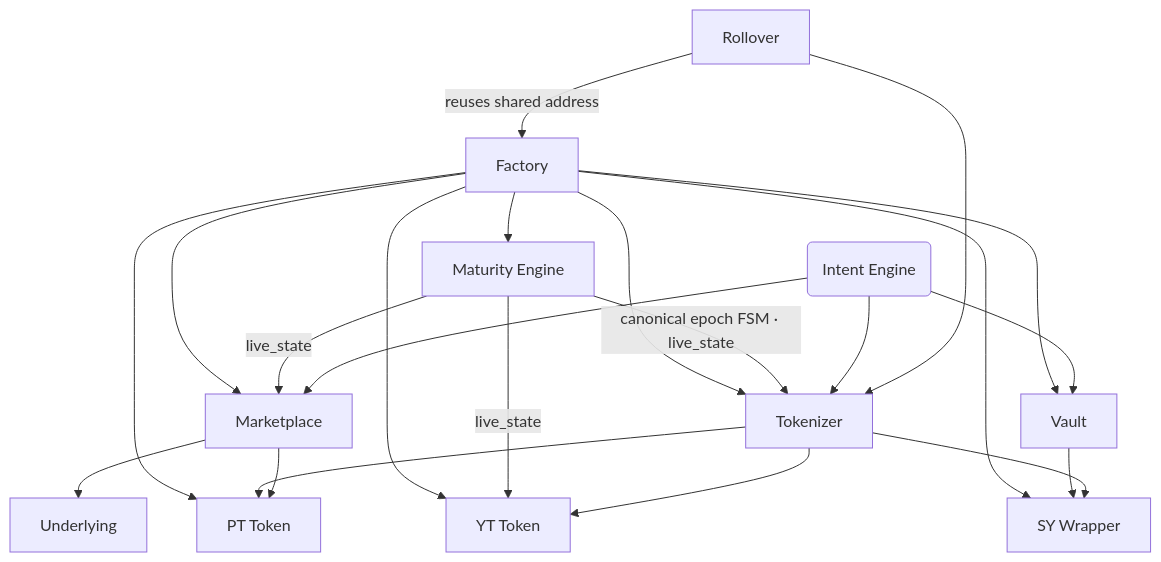
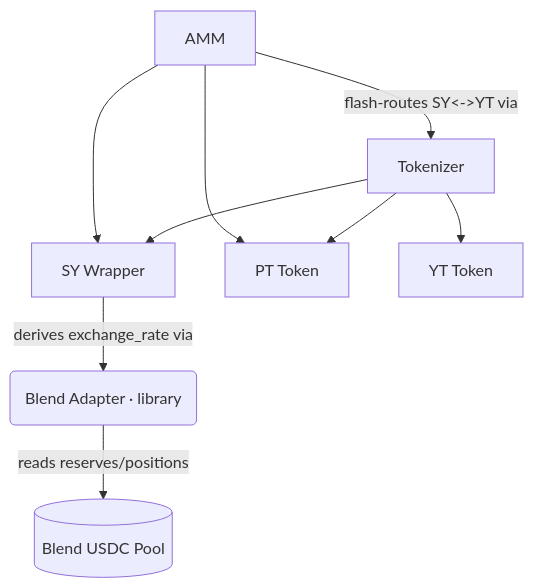
Before and after one commit to Novaire-tech/novaire-testnet: the diagram in docs/protocol/CONTRACTS.md, drawn with Mermaid. The commit also changed other lines of this file and 1 other file, not shown here.

First line of the commit message:
docs: rewrite architecture docs for the 6-contract single-market design

````diff
--- a/docs/protocol/CONTRACTS.md
+++ b/docs/protocol/CONTRACTS.md
@@ -9,29 +11,21 @@
 ```mermaid
 graph TD
-    Factory --> ME[Maturity Engine]
-    Factory --> Tokenizer
-    Factory --> Marketplace
-    Factory --> SY[SY Wrapper]
-    Factory --> Vault
-    Factory --> PT[PT Token]
-    Factory --> YT[YT Token]
+    BA(Blend Adapter · library)
+    SY[SY Wrapper]
+    T[Tokenizer]
+    PT[PT Token]
+    YT[YT Token]
+    AMM[AMM]
+    Blend[(Blend USDC Pool)]
 
-    ME -->|canonical epoch FSM · live_state| Tokenizer
-    ME -->|live_state| YT
-    ME -->|live_state| Marketplace
+    SY -->|derives exchange_rate via| BA
+    BA -->|reads reserves/positions| Blend
 
-    IE(Intent Engine) --> Vault
-    IE --> Tokenizer
-    IE --> Marketplace
+    T --> SY
+    T --> PT
+    T --> YT
 
-    Vault --> SY
-    Tokenizer --> SY
-    Tokenizer --> PT
-    Tokenizer --> YT
-
-    Marketplace --> PT
-    Marketplace --> U[Underlying]
-
-    Rollover --> Tokenizer
-    Rollover -->|reuses shared address| Factory
+    AMM --> PT
+    AMM --> SY
+    AMM -->|flash-routes SY<->YT via| T
 ```
````
